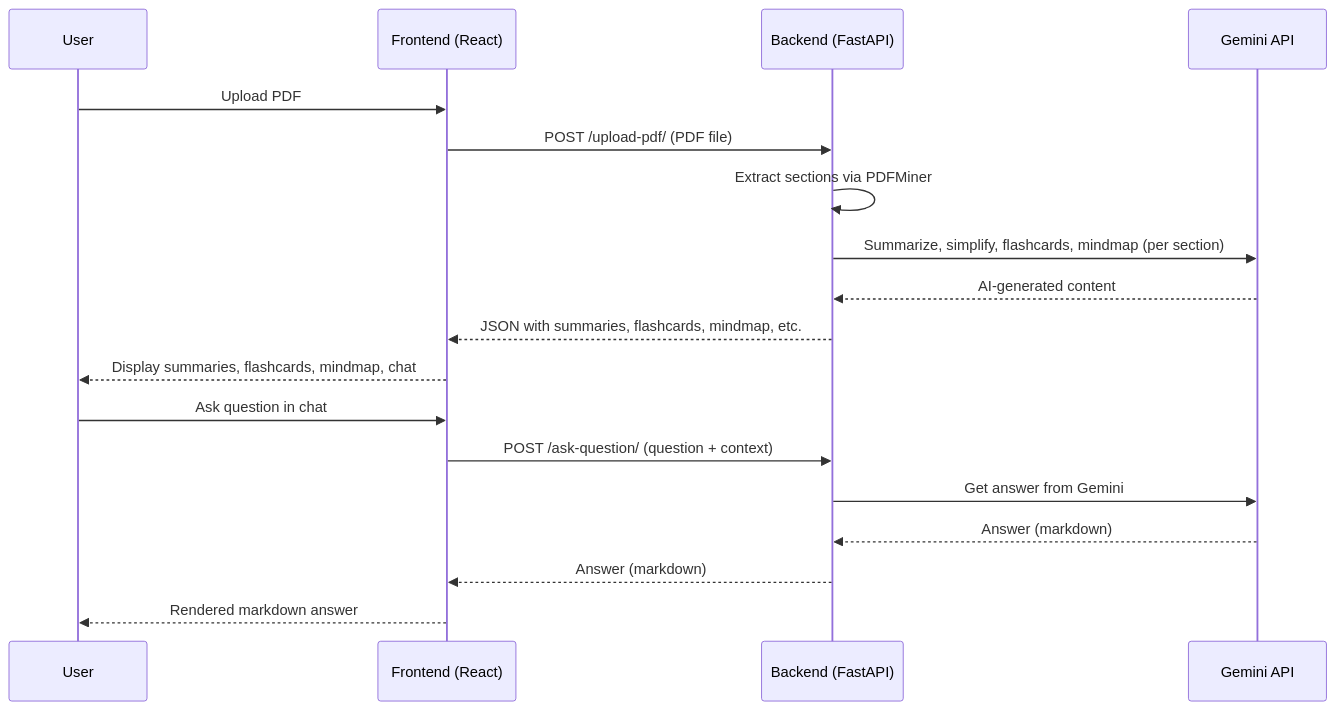
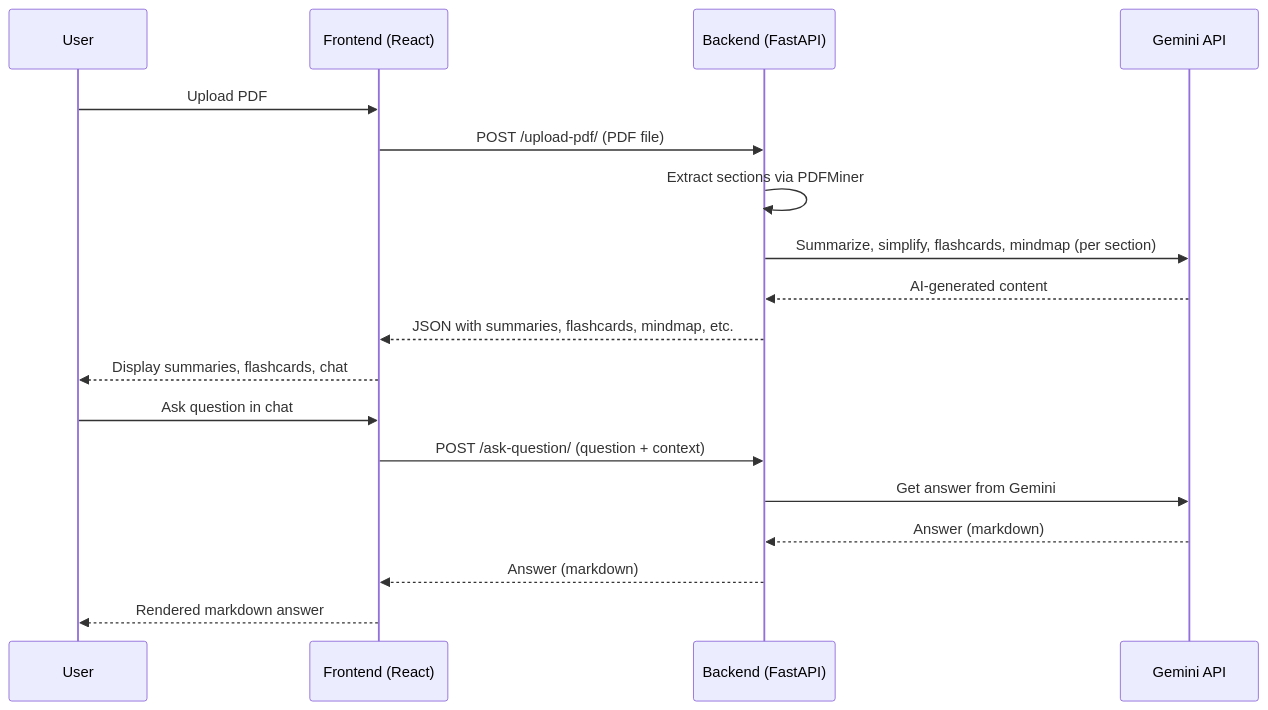
Before and after one commit to anuj123upadhyay/Ai_Reasearch_Summarizer: the second of 2 diagrams in Readme.md, drawn with Mermaid. The commit also changed other lines of this file and 2 other files, not shown here.

````diff
--- a/Readme.md
+++ b/Readme.md
@@ -115,21 +121,21 @@
 ```mermaid
 sequenceDiagram
     participant U as User
     participant FE as Frontend (React)
     participant BE as Backend (FastAPI)
     participant AI as Gemini API
 
     U->>FE: Upload PDF
     FE->>BE: POST /upload-pdf/ (PDF file)
     BE->>BE: Extract sections via PDFMiner
     BE->>AI: Summarize, simplify, flashcards, mindmap (per section)
     AI-->>BE: AI-generated content
     BE-->>FE: JSON with summaries, flashcards, mindmap, etc.
-    FE-->>U: Display summaries, flashcards, mindmap, chat
+    FE-->>U: Display summaries, flashcards, chat
     U->>FE: Ask question in chat
     FE->>BE: POST /ask-question/ (question + context)
     BE->>AI: Get answer from Gemini
     AI-->>BE: Answer (markdown)
     BE-->>FE: Answer (markdown)
     FE-->>U: Rendered markdown answer
 ```
````
